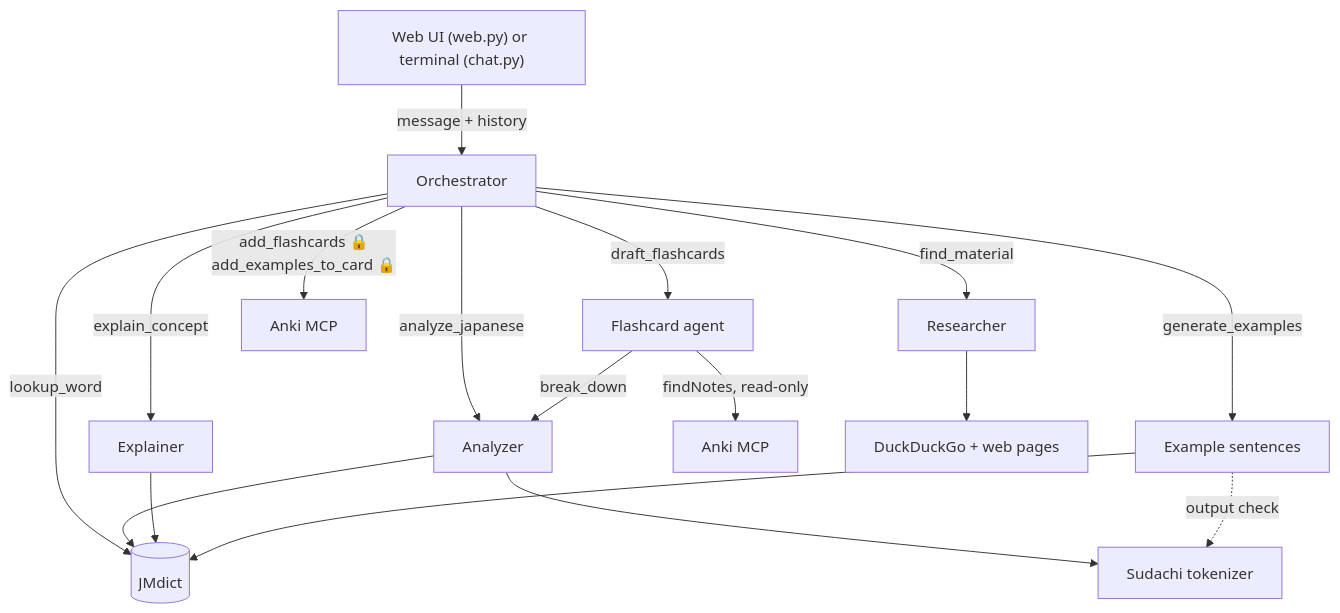
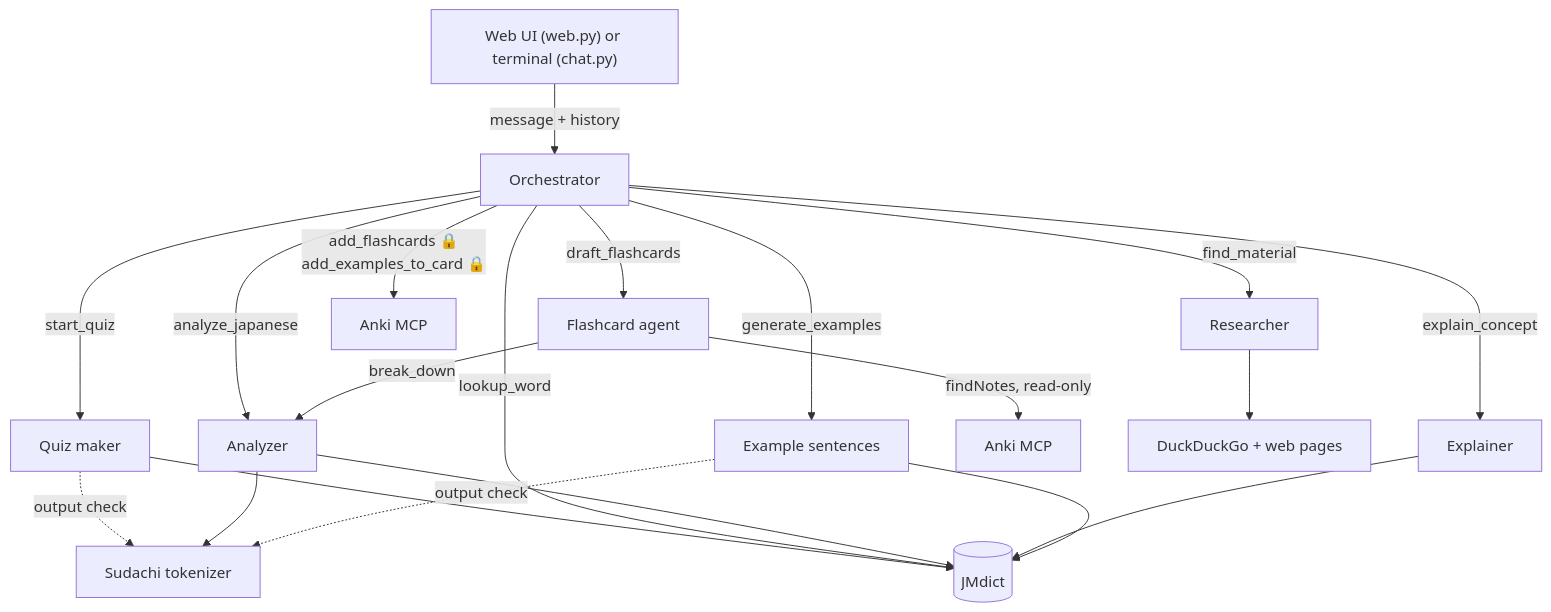
The diagram in docs/architecture.md (nnwh-17/language-learning-multiagent), drawn with Mermaid before and after one commit. The commit also changed other lines of this file and 16 other files, not shown here.

````diff
--- a/docs/architecture.md
+++ b/docs/architecture.md
@@ -8,19 +8,22 @@
 ```mermaid
 flowchart TD
     UI["Web UI (web.py) or terminal (chat.py)"] -->|message + history| O[Orchestrator]
     O -->|analyze_japanese| A[Analyzer]
     O -->|explain_concept| X[Explainer]
     O -->|draft_flashcards| F[Flashcard agent]
     O -->|generate_examples| E[Example sentences]
     O -->|find_material| R[Researcher]
+    O -->|start_quiz| Q[Quiz maker]
+    Q --> J
+    Q -.->|output check| T
     O -->|lookup_word| J[(JMdict)]
     O -->|"add_flashcards 🔒<br>add_examples_to_card 🔒"| AW[Anki MCP]
     A --> T[Sudachi tokenizer]
     A --> J
     X --> J
     F -->|break_down| A
     F -->|findNotes, read-only| AR[Anki MCP]
     E --> J
     E -.->|output check| T
     R --> W[DuckDuckGo + web pages]
 ```
````
